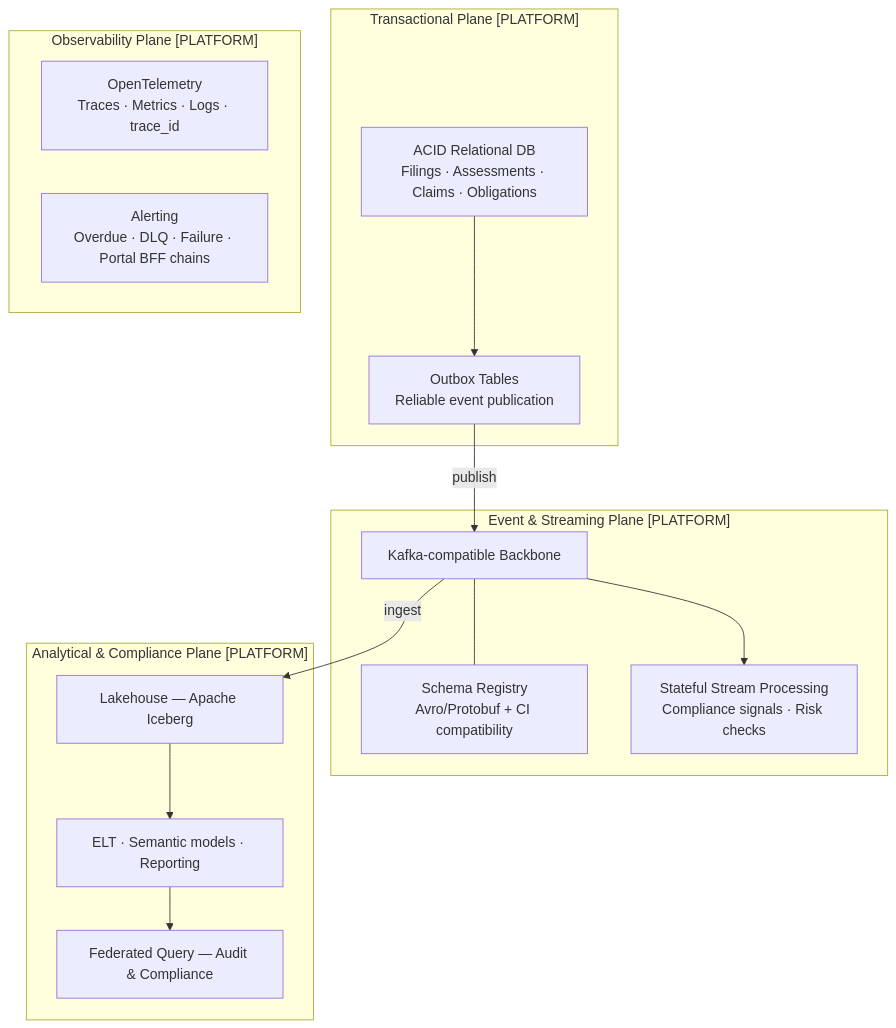
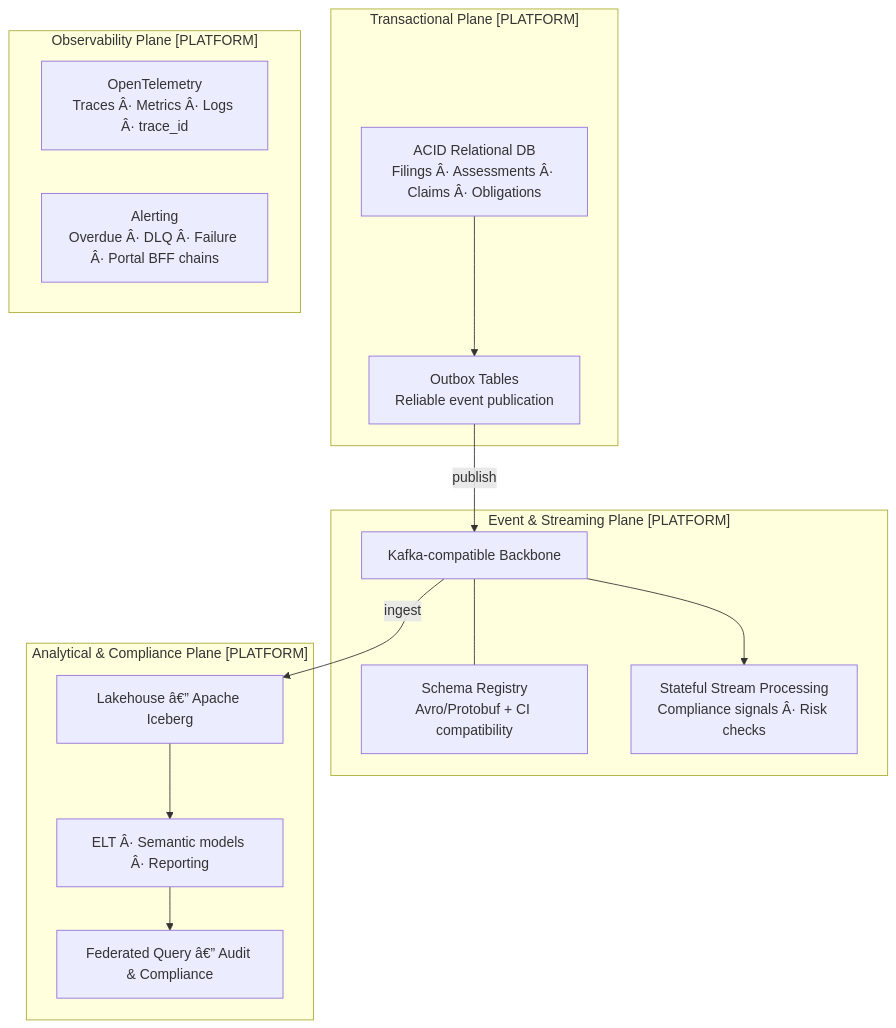
Before and after one commit to nc-tbi/VATRI-Codex: the fifth of 13 diagrams in design/01-vat-filing-assessment-solution-design.md, drawn with Mermaid. The commit also changed other lines of this file and 13 other files, not shown here.

Commit message:
Incorporate latest BA updates and align architecture, traceability, and ViDA step coverage

````diff
--- a/design/01-vat-filing-assessment-solution-design.md
+++ b/design/01-vat-filing-assessment-solution-design.md
@@ -290,32 +290,32 @@
 ```mermaid
 flowchart TB
     subgraph TRANS["Transactional Plane [PLATFORM]"]
-        ODB_T["ACID Relational DB\nFilings · Assessments · Claims · Obligations"]
+        ODB_T["ACID Relational DB\nFilings Â· Assessments Â· Claims Â· Obligations"]
         OUTBOX["Outbox Tables\nReliable event publication"]
     end
 
     subgraph EVENT["Event & Streaming Plane [PLATFORM]"]
         KAFKA["Kafka-compatible Backbone"]
         SREG["Schema Registry\nAvro/Protobuf + CI compatibility"]
-        STREAM["Stateful Stream Processing\nCompliance signals · Risk checks"]
+        STREAM["Stateful Stream Processing\nCompliance signals Â· Risk checks"]
     end
 
     subgraph ANALYTICAL["Analytical & Compliance Plane [PLATFORM]"]
-        LAKE["Lakehouse — Apache Iceberg"]
-        ELT["ELT · Semantic models · Reporting"]
-        QUERY["Federated Query — Audit & Compliance"]
+        LAKE["Lakehouse â€” Apache Iceberg"]
+        ELT["ELT Â· Semantic models Â· Reporting"]
+        QUERY["Federated Query â€” Audit & Compliance"]
     end
 
     subgraph OBS_PLANE["Observability Plane [PLATFORM]"]
-        OTEL["OpenTelemetry\nTraces · Metrics · Logs · trace_id"]
-        ALERTS["Alerting\nOverdue · DLQ · Failure · Portal BFF chains"]
+        OTEL["OpenTelemetry\nTraces Â· Metrics Â· Logs Â· trace_id"]
+        ALERTS["Alerting\nOverdue Â· DLQ Â· Failure Â· Portal BFF chains"]
     end
 
     OUTBOX -->|publish| KAFKA
     KAFKA --- SREG
     KAFKA --> STREAM
     KAFKA -->|ingest| LAKE
     LAKE --> ELT
     ELT --> QUERY
     ODB_T --> OUTBOX
 ```
````
